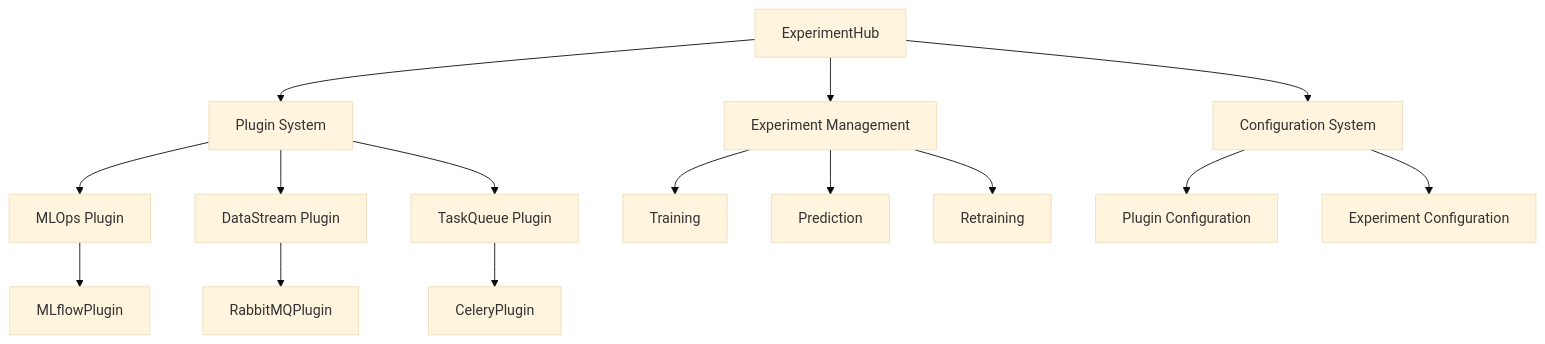
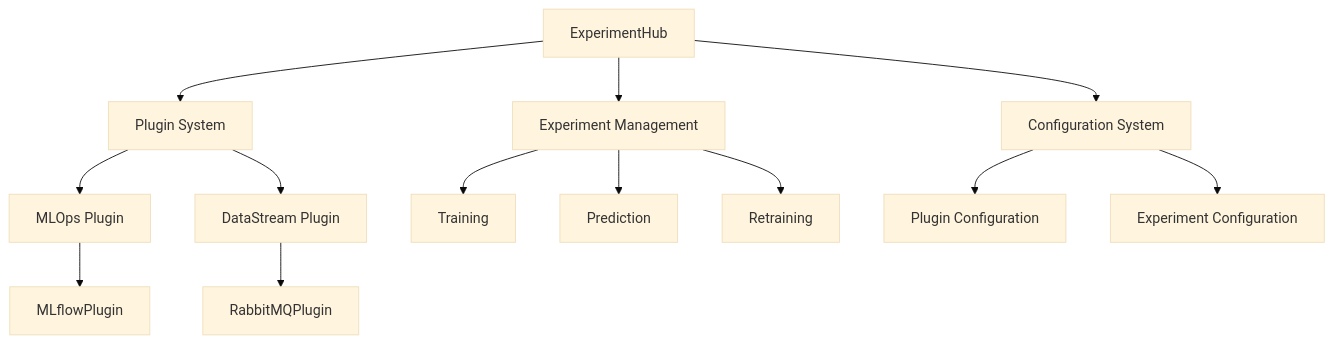
One commit to adamipkovich/observml changed the diagram in docs/plugin_system.md. Above: the diagram before and after it, drawn with Mermaid (base theme). The commit also changed other lines of this file and 19 other files, not shown here.

````diff
--- a/docs/plugin_system.md
+++ b/docs/plugin_system.md
@@ -7,17 +7,15 @@
 ```mermaid
 graph TD
     A[ExperimentHub] --> B[Plugin System]
     B --> C[MLOps Plugin]
     B --> D[DataStream Plugin]
-    B --> E[TaskQueue Plugin]
     A --> F[Experiment Management]
     F --> G[Training]
     F --> H[Prediction]
     F --> I[Retraining]
     A --> J[Configuration System]
     J --> K[Plugin Configuration]
     J --> L[Experiment Configuration]
     C --> M[MLflowPlugin]
     D --> N[RabbitMQPlugin]
-    E --> O[CeleryPlugin]
 ```
````
